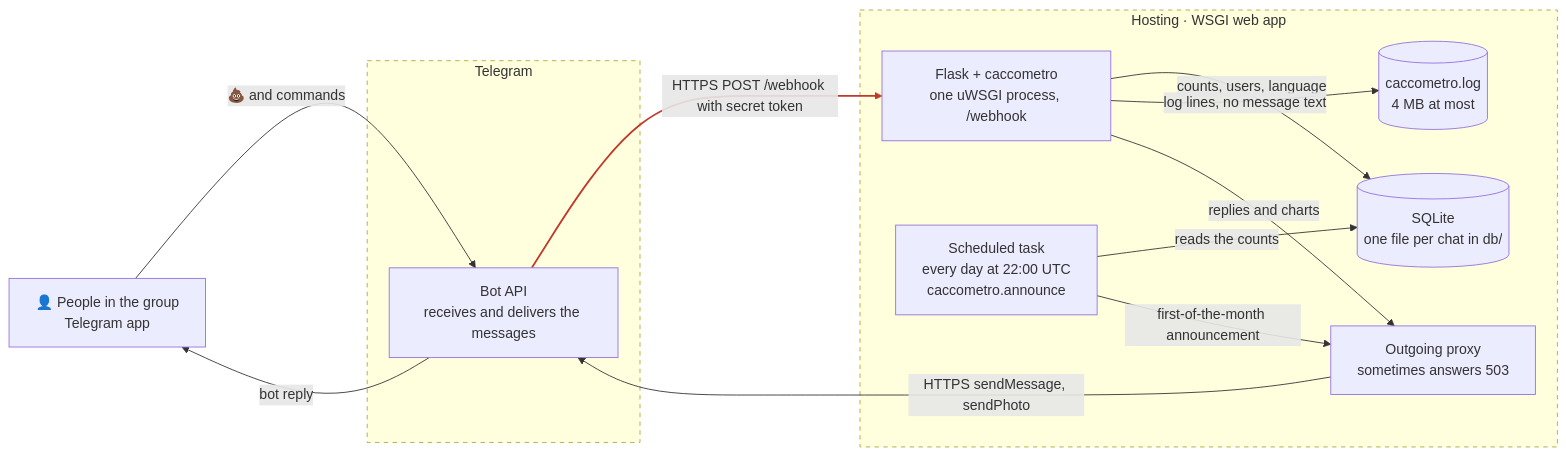
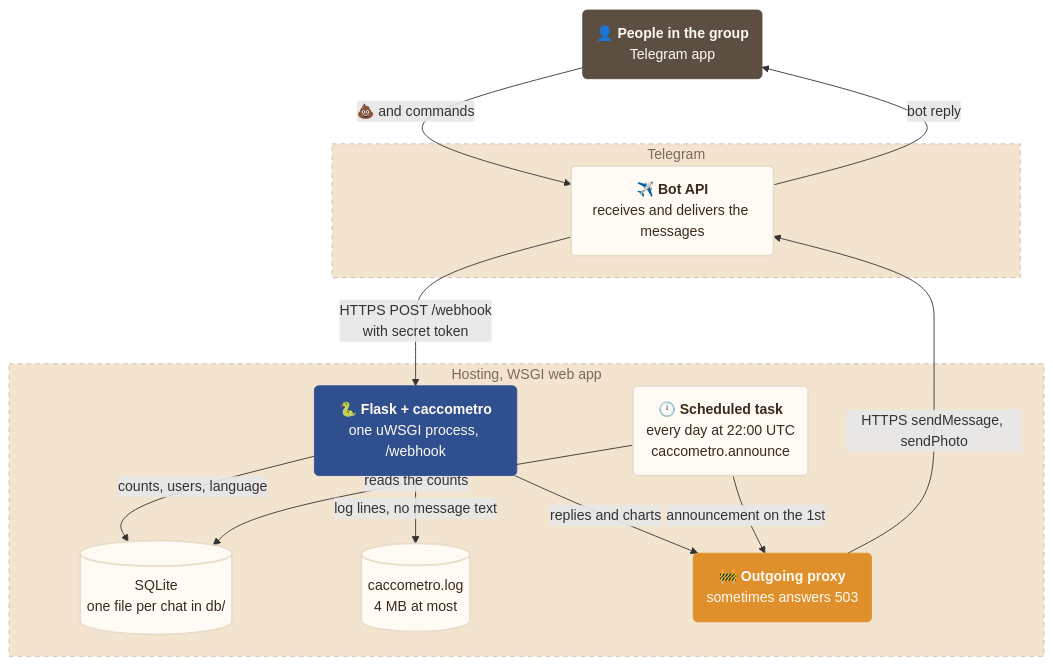
One commit to francescoperrino/Caccometro changed the first of 2 diagrams in docs/deployment.md. Above: the diagram before and after it, drawn with Mermaid. The commit also changed other lines of this file and 10 other files, not shown here.

First line of the commit message:
Restyle the documentation diagrams and add workflow infographics (#194)

````diff
--- a/docs/deployment.md
+++ b/docs/deployment.md
@@ -82,26 +82,36 @@
 ```mermaid
-flowchart LR
-    person["👤 People in the group<br/>Telegram app"]
+flowchart TD
+    person("👤 <b>People in the group</b><br/>Telegram app")
     subgraph telegram["Telegram"]
-        api["Bot API<br/>receives and delivers the messages"]
+        api("✈️ <b>Bot API</b><br/>receives and delivers the messages")
     end
-    subgraph hosting["Hosting · WSGI web app"]
-        flask["Flask + caccometro<br/>one uWSGI process, /webhook"]
-        proxy["Outgoing proxy<br/>sometimes answers 503"]
+    subgraph hosting["Hosting, WSGI web app"]
+        flask("🐍 <b>Flask + caccometro</b><br/>one uWSGI process, /webhook")
+        task("🕛 <b>Scheduled task</b><br/>every day at 22:00 UTC<br/>caccometro.announce")
         db[("SQLite<br/>one file per chat in db/")]
         log[("caccometro.log<br/>4 MB at most")]
-        task["Scheduled task<br/>every day at 22:00 UTC<br/>caccometro.announce"]
+        proxy("🚧 <b>Outgoing proxy</b><br/>sometimes answers 503")
     end
     person -->|"💩 and commands"| api
-    api -->|"HTTPS POST /webhook with secret token"| flask
+    api -->|"HTTPS POST /webhook<br/>with secret token"| flask
     flask -->|"counts, users, language"| db
     flask -->|"log lines, no message text"| log
     task -->|"reads the counts"| db
-    task -->|"first-of-the-month announcement"| proxy
     flask -->|"replies and charts"| proxy
+    task -->|"announcement on the 1st"| proxy
     proxy -->|"HTTPS sendMessage, sendPhoto"| api
     api -->|"bot reply"| person
-    style telegram stroke-dasharray: 5 5
-    style hosting stroke-dasharray: 5 5
-    linkStyle 1 stroke:#c0392b,stroke-width:2px
+    classDef step fill:#fffaf3,stroke:#eadccb,stroke-width:2px,color:#3b2a1e
+    classDef main fill:#2f4f8f,stroke:#2f4f8f,color:#fffaf3
+    classDef person fill:#5c4f42,stroke:#5c4f42,color:#fffaf3
+    classDef check fill:#f7ecdc,stroke:#e0902b,stroke-width:2px,color:#3b2a1e
+    classDef detail fill:#f7ecdc,stroke:#eadccb,color:#3b2a1e
+    classDef alert fill:#e0902b,stroke:#e0902b,color:#fffaf3
+    classDef stop fill:#f3e4d0,stroke:#cbbca9,stroke-dasharray:4 3,color:#7a6a5c
+    class person person
+    class api,task,db,log step
+    class flask main
+    class proxy alert
+    style telegram fill:#f3e4d0,stroke:#cbbca9,stroke-dasharray:5 5,color:#7a6a5c
+    style hosting fill:#f3e4d0,stroke:#cbbca9,stroke-dasharray:5 5,color:#7a6a5c
 ```
````
